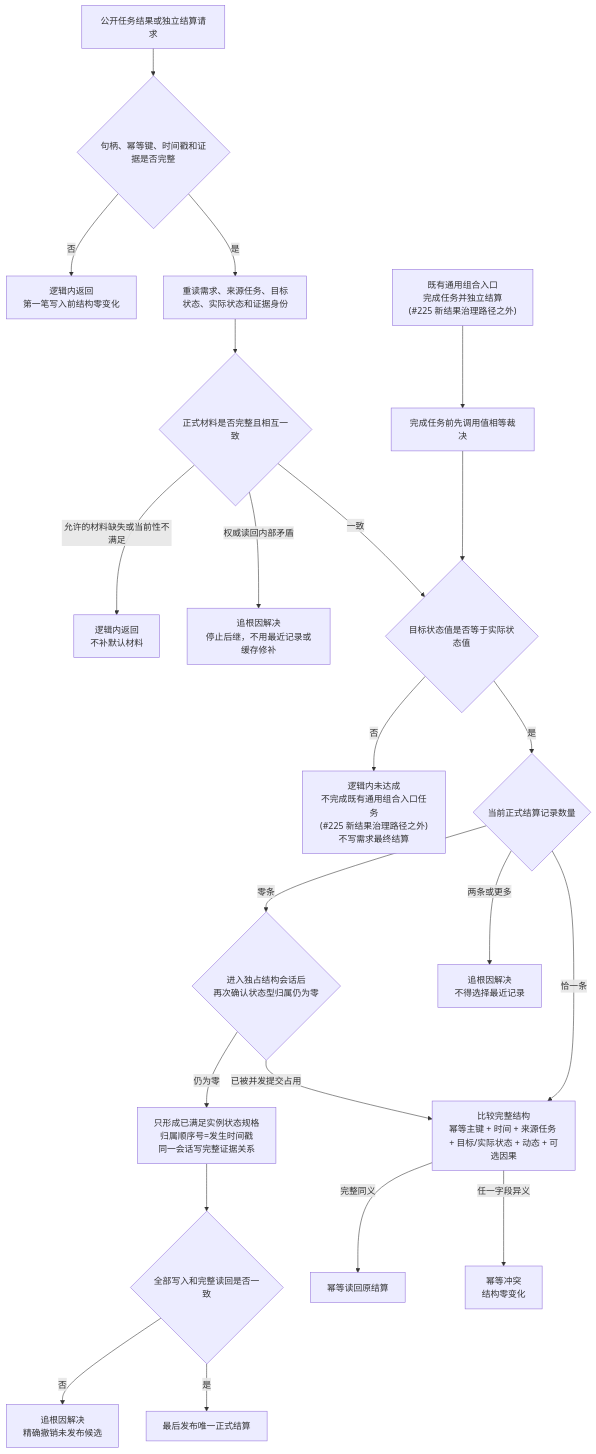
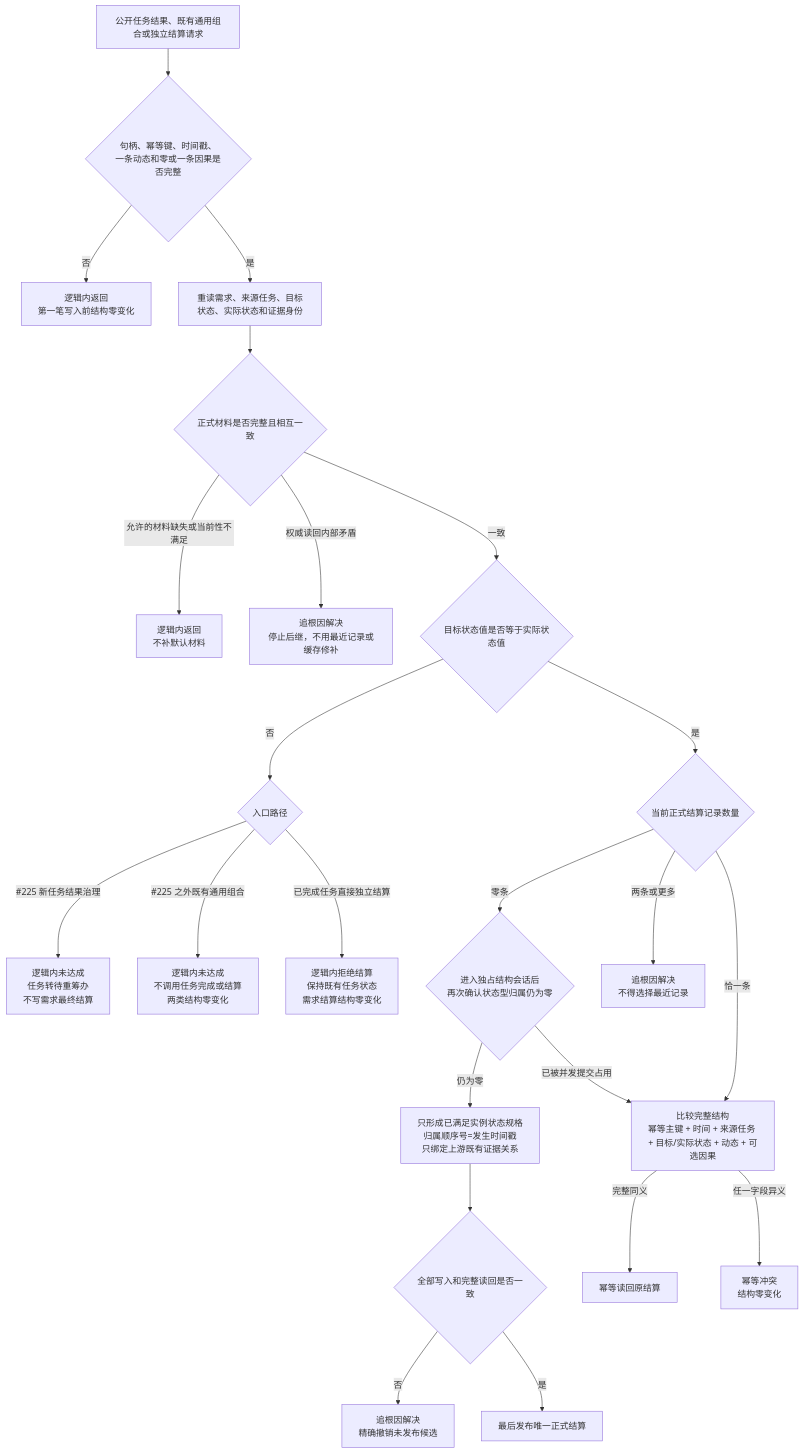
One commit to chunhaizh-cyber/HY-Ego changed the diagram in 流程图/20260716_需求结算单一正式合同语义收口流程图_v0.1.md. Above: the diagram before and after it, drawn with Mermaid. The commit also changed other lines of this file and 14 other files, not shown here.

````diff
--- a/流程图/20260716_需求结算单一正式合同语义收口流程图_v0.1.md
+++ b/流程图/20260716_需求结算单一正式合同语义收口流程图_v0.1.md
@@ -26,24 +26,25 @@
 ```mermaid
 flowchart TD
-    A["公开任务结果或独立结算请求"] --> B{"句柄、幂等键、时间戳和证据是否完整"}
+    A["公开任务结果、既有通用组合或独立结算请求"] --> B{"句柄、幂等键、时间戳、<br/>一条动态和零或一条因果是否完整"}
     B -- "否" --> LR1["逻辑内返回<br/>第一笔写入前结构零变化"]
     B -- "是" --> C["重读需求、来源任务、目标状态、实际状态和证据身份"]
     C --> D{"正式材料是否完整且相互一致"}
     D -- "允许的材料缺失或当前性不满足" --> LR2["逻辑内返回<br/>不补默认材料"]
     D -- "权威读回内部矛盾" --> RC1["追根因解决<br/>停止后继，不用最近记录或缓存修补"]
     D -- "一致" --> E{"目标状态值是否等于实际状态值"}
-    E -- "否" --> LR3["逻辑内未达成<br/>不完成既有通用组合入口任务<br/>(#225 新结果治理路径之外)<br/>不写需求最终结算"]
+    E -- "否" --> P{"入口路径"}
+    P -- "#225 新任务结果治理" --> LR3A["逻辑内未达成<br/>任务转待重筹办<br/>不写需求最终结算"]
+    P -- "#225 之外既有通用组合" --> LR3B["逻辑内未达成<br/>不调用任务完成或结算<br/>两类结构零变化"]
+    P -- "已完成任务直接独立结算" --> LR3C["逻辑内拒绝结算<br/>保持既有任务状态<br/>需求结算结构零变化"]
     E -- "是" --> F{"当前正式结算记录数量"}
     F -- "零条" --> G0{"进入独占结构会话后<br/>再次确认状态型归属仍为零"}
     G0 -- "已被并发提交占用" --> J
-    G0 -- "仍为零" --> G["只形成已满足实例状态规格<br/>归属顺序号=发生时间戳<br/>同一会话写完整证据关系"]
+    G0 -- "仍为零" --> G["只形成已满足实例状态规格<br/>归属顺序号=发生时间戳<br/>只绑定上游既有证据关系"]
     G --> H{"全部写入和完整读回是否一致"}
     H -- "否" --> RC2["追根因解决<br/>精确撤销未发布候选"]
     H -- "是" --> I["最后发布唯一正式结算"]
     F -- "恰一条" --> J["比较完整结构<br/>幂等主键 + 时间 + 来源任务 + 目标/实际状态 + 动态 + 可选因果"]
     J -- "完整同义" --> ID["幂等读回原结算"]
     J -- "任一字段异义" --> CF["幂等冲突<br/>结构零变化"]
     F -- "两条或更多" --> RC3["追根因解决<br/>不得选择最近记录"]
-    K["既有通用组合入口<br/>完成任务并独立结算<br/>(#225 新结果治理路径之外)"] --> L["完成任务前先调用值相等裁决"]
-    L --> E
 ```
````
